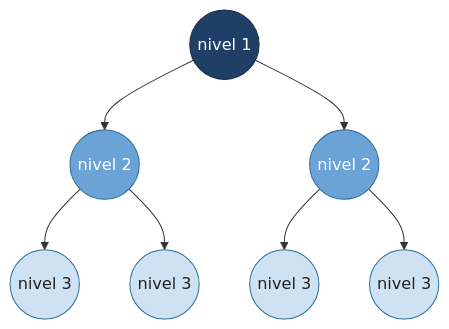
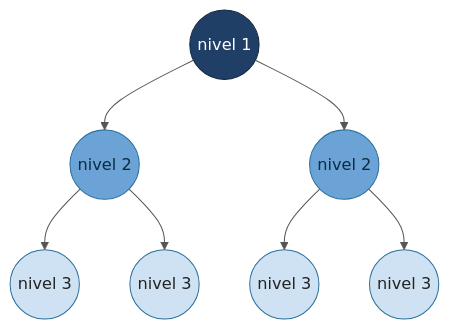
The third of 3 diagrams in PRACTICA/02-procesos-e-hilos/README.md (asiermarzo/ssoo), drawn with Mermaid before and after one commit. The commit also changed other lines of this file and 89 other files, not shown here.

Commit message:
quitar ejercicios extra y ocultar temas teoría/práctica hasta que estén revisados. Ajustes color fondos mermaid

````diff
--- a/PRACTICA/02-procesos-e-hilos/README.md
+++ b/PRACTICA/02-procesos-e-hilos/README.md
@@ -199,17 +201,18 @@
    ```mermaid
+   %%{init: {'theme': 'base', 'themeVariables': {'background': '#ffffff', 'primaryColor': '#eef2f7', 'primaryTextColor': '#1a1a1a', 'primaryBorderColor': '#555555', 'lineColor': '#555555', 'secondaryColor': '#f4f4f4', 'tertiaryColor': '#ffffff'}}}%%
    flowchart TD
        N1((nivel 1)) --> N2a((nivel 2))
        N1 --> N2b((nivel 2))
        N2a --> N3a((nivel 3))
        N2a --> N3b((nivel 3))
        N2b --> N3c((nivel 3))
        N2b --> N3d((nivel 3))
 
        classDef nivel1 fill:#1f3f66,stroke:#132840,color:#ffffff;
-       classDef nivel2 fill:#6ba3d6,stroke:#2b6f99,color:#ffffff;
+       classDef nivel2 fill:#6ba3d6,stroke:#2b6f99,color:#0d2a3f;
        classDef nivel3 fill:#cfe2f3,stroke:#2b6f99,color:#222;
 
        class N1 nivel1;
        class N2a,N2b nivel2;
        class N3a,N3b,N3c,N3d nivel3;
    ```
````
